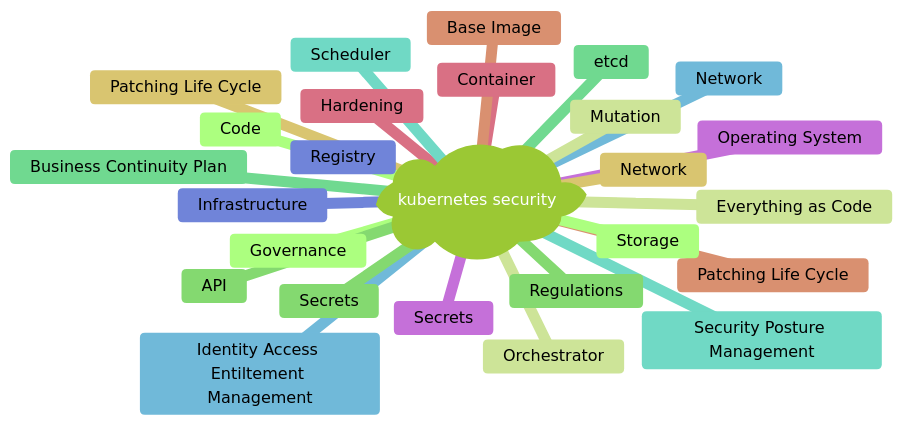
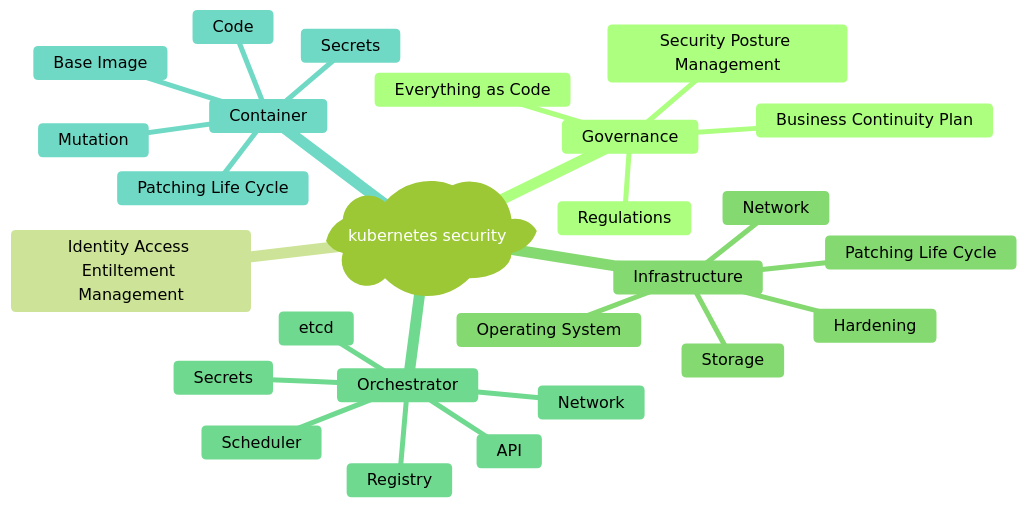
One commit to beezy-dev/verbose-couscous changed the diagram in docs/community/k8s-secrets.md. Above: the diagram before and after it, drawn with Mermaid (forest theme). The commit also changed other lines of this file, not shown here.

````diff
--- a/docs/community/k8s-secrets.md
+++ b/docs/community/k8s-secrets.md
@@ -4,29 +4,29 @@
 ```mermaid
-    mindmap
-    id)kubernetes security(
-        Governance
-        Everything as Code
-        Regulations
-        Business Continuity Plan 
-        Security Posture Management
-        Identity Access Entiltement Management
-        Infrastructure 
-        Operating System 
-        Hardening 
-        Patching Life Cycle
-        Network
-        Storage 
-        Orchestrator 
-        API
-        etcd
-        Scheduler 
-        Network
-        Registry
-        Secrets
-        Container
-        Base Image
-        Patching Life Cycle
-        Code
-        Mutation
-        Secrets 
+mindmap
+  id)kubernetes security(
+    Governance
+      Everything as Code
+      Regulations
+      Business Continuity Plan 
+      Security Posture Management
+    Identity Access Entiltement Management
+    Infrastructure 
+      Operating System 
+      Hardening 
+      Patching Life Cycle
+      Network
+      Storage 
+    Orchestrator 
+      API
+      etcd
+      Scheduler 
+      Network
+      Registry
+      Secrets
+    Container
+      Base Image
+      Patching Life Cycle
+      Code
+      Mutation
+      Secrets 
 ```
````
